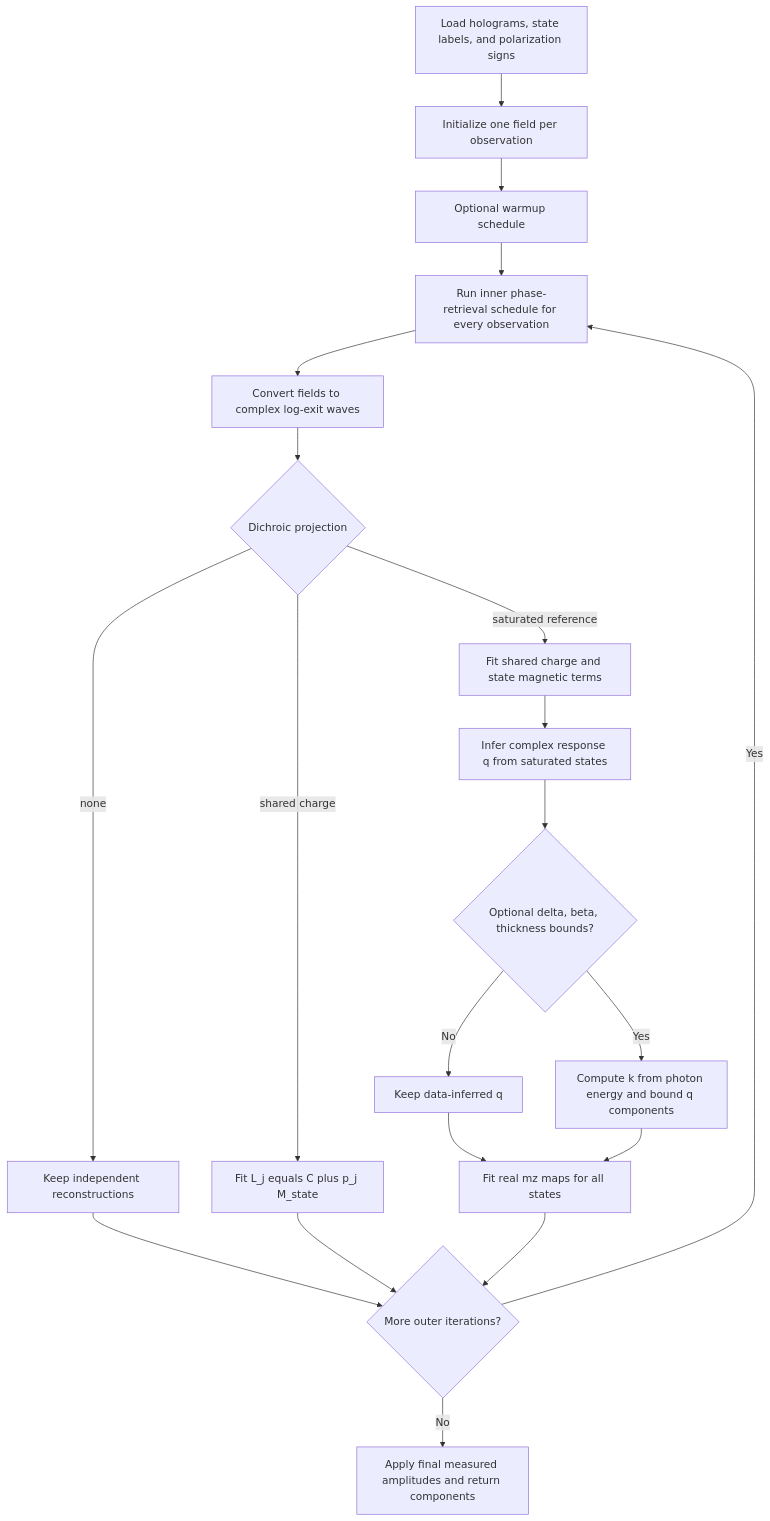
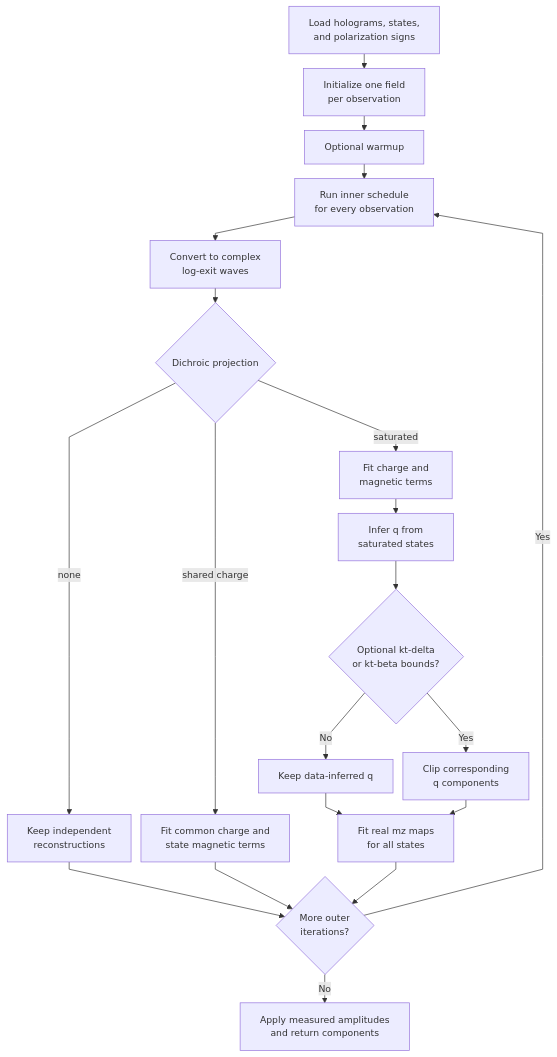
One commit to riccbatt/FTH-Phase-Retrieval-2609-SOLEIL-SEXTANTS changed the fifth of 5 diagrams in docs/phase_retrieval_libraries.md. Above: the diagram before and after it, drawn with Mermaid. The commit also changed other lines of this file and 2 other files, not shown here.

````diff
--- a/docs/phase_retrieval_libraries.md
+++ b/docs/phase_retrieval_libraries.md
@@ -552,22 +561,23 @@
 ```mermaid
+%%{init: {"flowchart": {"nodeSpacing": 15, "rankSpacing": 22, "curve": "linear"}, "themeVariables": {"fontSize": "14px"}}}%%
 flowchart TD
-    A[Load holograms, state labels, and polarization signs] --> B[Initialize one field per observation]
-    B --> C[Optional warmup schedule]
-    C --> D[Run inner phase-retrieval schedule for every observation]
-    D --> E[Convert fields to complex log-exit waves]
+    A[Load holograms, states,<br/>and polarization signs] --> B[Initialize one field<br/>per observation]
+    B --> C[Optional warmup]
+    C --> D[Run inner schedule<br/>for every observation]
+    D --> E[Convert to complex<br/>log-exit waves]
     E --> F{Dichroic projection}
-    F -- none --> G[Keep independent reconstructions]
-    F -- shared charge --> H[Fit L_j equals C plus p_j M_state]
-    F -- saturated reference --> I[Fit shared charge and state magnetic terms]
-    I --> J[Infer complex response q from saturated states]
-    J --> K{Optional delta, beta, thickness bounds?}
+    F -- none --> G[Keep independent<br/>reconstructions]
+    F -- shared charge --> H[Fit common charge and<br/>state magnetic terms]
+    F -- saturated --> I[Fit charge and<br/>magnetic terms]
+    I --> J[Infer q from<br/>saturated states]
+    J --> K{Optional kt-delta<br/>or kt-beta bounds?}
     K -- No --> L[Keep data-inferred q]
-    K -- Yes --> M[Compute k from photon energy and bound q components]
-    L --> N[Fit real mz maps for all states]
+    K -- Yes --> M[Clip corresponding<br/>q components]
+    L --> N[Fit real mz maps<br/>for all states]
     M --> N
-    G --> O{More outer iterations?}
+    G --> O{More outer<br/>iterations?}
     H --> O
     N --> O
     O -- Yes --> D
-    O -- No --> P[Apply final measured amplitudes and return components]
+    O -- No --> P[Apply measured amplitudes<br/>and return components]
 ```
````
